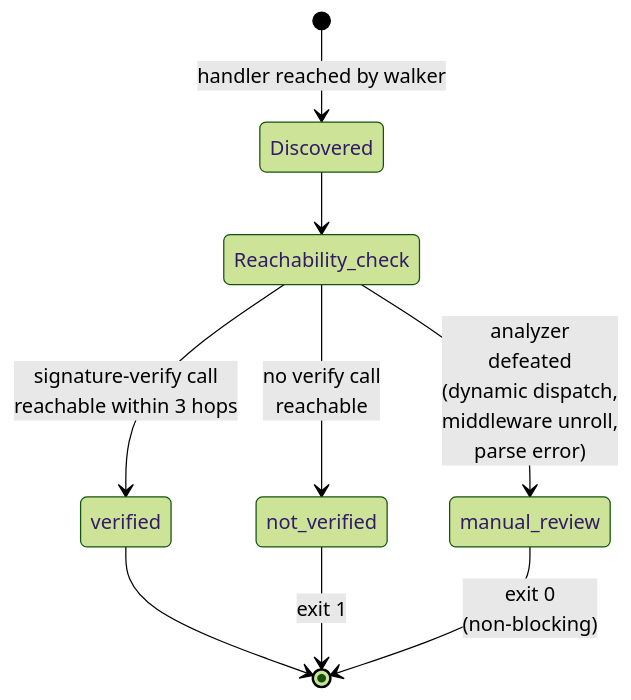
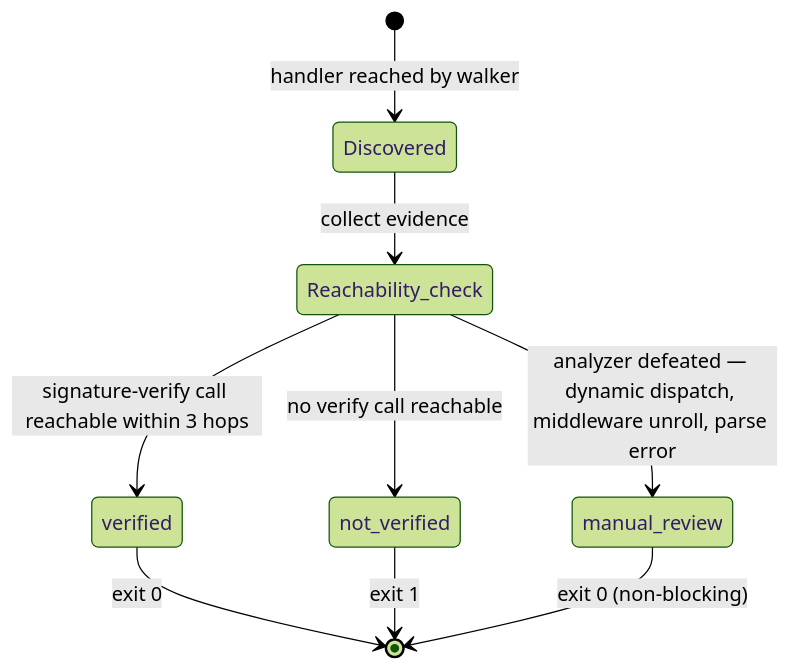
The second of 2 diagrams in README.md (Hookwarden/hookwarden), drawn with Mermaid (forest theme) before and after one commit. The commit also changed other lines of this file, not shown here.

First line of the commit message:
fix(readme): Mermaid render — quote-wrap node labels, drop <br/> in state transitions

````diff
--- a/README.md
+++ b/README.md
@@ -283,11 +283,11 @@
 ```mermaid
 stateDiagram-v2
     [*] --> Discovered: handler reached by walker
-    Discovered --> Reachability_check
-    Reachability_check --> verified: signature-verify call<br/>reachable within 3 hops
-    Reachability_check --> not_verified: no verify call<br/>reachable
-    Reachability_check --> manual_review: analyzer<br/>defeated<br/>(dynamic dispatch,<br/>middleware unroll,<br/>parse error)
-    verified --> [*]
+    Discovered --> Reachability_check: collect evidence
+    Reachability_check --> verified: signature-verify call reachable within 3 hops
+    Reachability_check --> not_verified: no verify call reachable
+    Reachability_check --> manual_review: analyzer defeated — dynamic dispatch, middleware unroll, parse error
+    verified --> [*]: exit 0
     not_verified --> [*]: exit 1
-    manual_review --> [*]: exit 0<br/>(non-blocking)
+    manual_review --> [*]: exit 0 (non-blocking)
 ```
````
